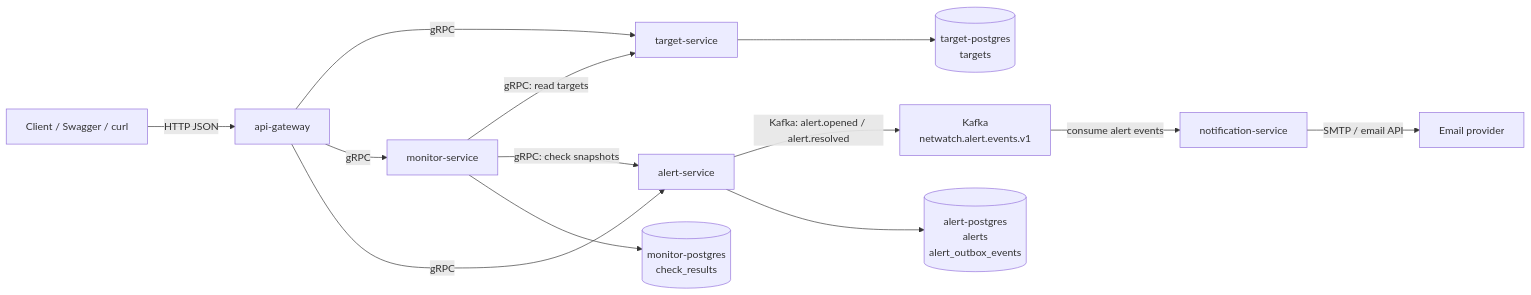
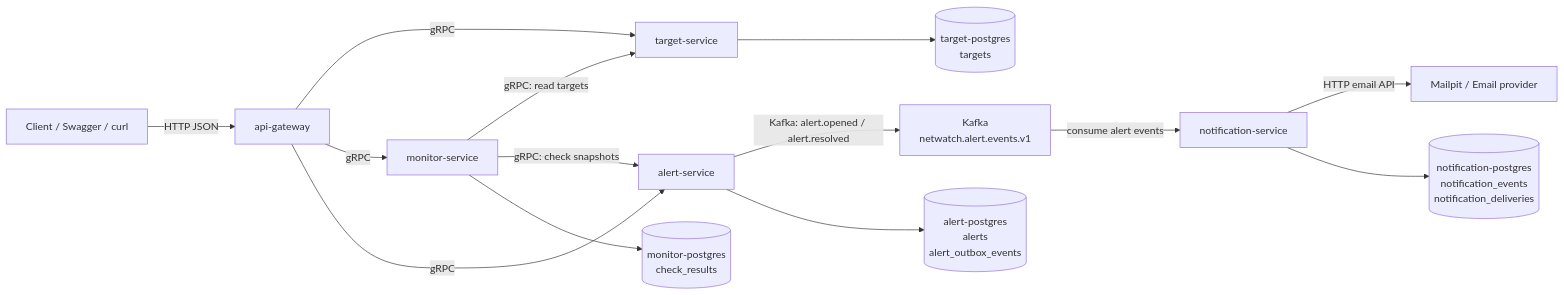
Before and after one commit to arthast/NetWatch: the first of 2 diagrams in README.md, drawn with Mermaid. The commit also changed other lines of this file and 26 other files, not shown here.

Commit message:
Add notification service email delivery

````diff
--- a/README.md
+++ b/README.md
@@ -45,18 +47,19 @@
 ```mermaid
 flowchart LR
     client["Client / Swagger / curl"] -->|HTTP JSON| gateway["api-gateway"]
 
     gateway -->|gRPC| target["target-service"]
     gateway -->|gRPC| monitor["monitor-service"]
     gateway -->|gRPC| alert["alert-service"]
 
     monitor -->|gRPC: read targets| target
     monitor -->|gRPC: check snapshots| alert
     alert -->|Kafka: alert.opened / alert.resolved| kafka["Kafka<br/>netwatch.alert.events.v1"]
     kafka -->|consume alert events| notification["notification-service"]
-    notification -->|SMTP / email API| email["Email provider"]
+    notification -->|HTTP email API| email["Mailpit / Email provider"]
 
     target --> target_db[("target-postgres<br/>targets")]
     monitor --> monitor_db[("monitor-postgres<br/>check_results")]
     alert --> alert_db[("alert-postgres<br/>alerts<br/>alert_outbox_events")]
+    notification --> notification_db[("notification-postgres<br/>notification_events<br/>notification_deliveries")]
 ```
````
